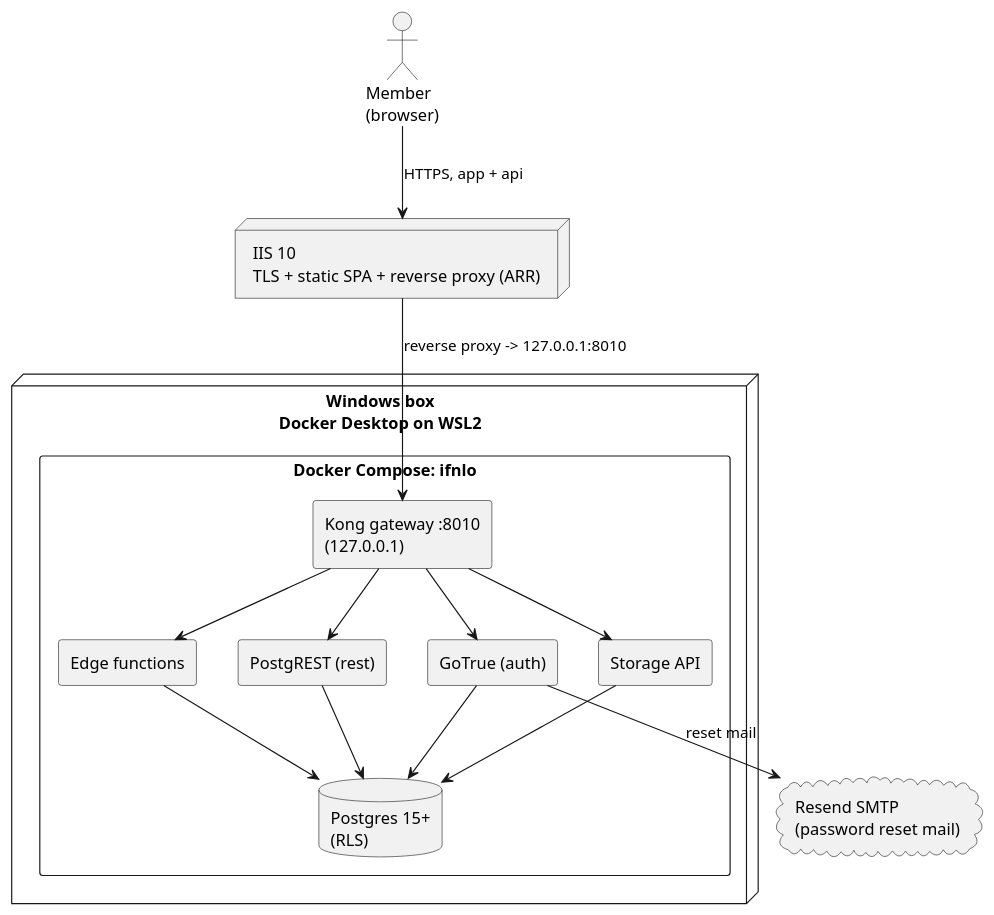
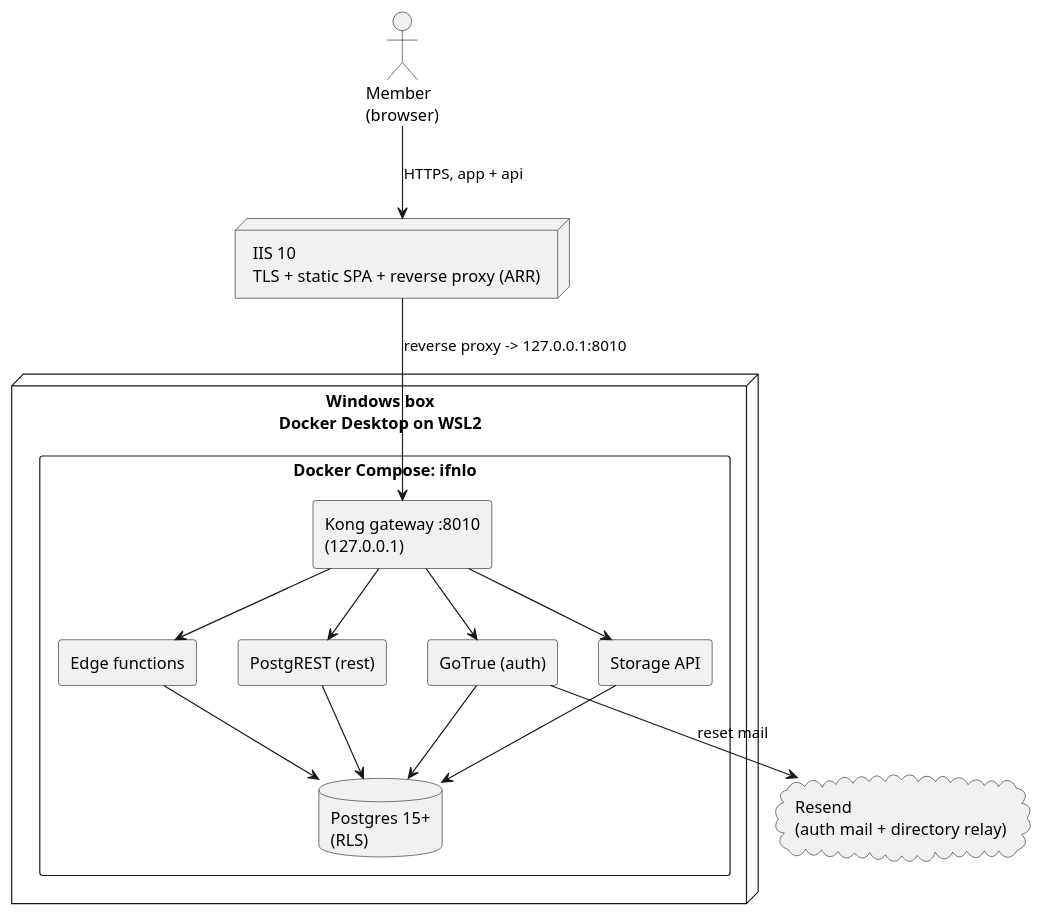
Before and after one commit to basiilll/ifn: the diagram in docs/architecture.md, drawn with PlantUML. The commit also changed 4 other files, not shown here.

First line of the commit message:
docs: reflect the live send-contact directory relay

````diff
--- a/docs/architecture.md
+++ b/docs/architecture.md
@@ -30,34 +30,34 @@
 ```plantuml
 @startuml
 skinparam componentStyle rectangle
 skinparam shadowing false
 skinparam monochrome true
 skinparam defaultFontName Helvetica
 
 actor "Member\n(browser)" as user
 node "IIS 10\nTLS + static SPA + reverse proxy (ARR)" as iis
 node "Windows box\nDocker Desktop on WSL2" as host {
   rectangle "Docker Compose: ifnlo" as compose {
     component "Kong gateway :8010\n(127.0.0.1)" as kong
     component "GoTrue (auth)" as auth
     component "PostgREST (rest)" as rest
     component "Storage API" as storage
     component "Edge functions" as fns
     database "Postgres 15+\n(RLS)" as pg
   }
 }
-cloud "Resend SMTP\n(password reset mail)" as smtp
+cloud "Resend\n(auth mail + directory relay)" as smtp
 
 user --> iis : HTTPS, app + api
 iis --> kong : reverse proxy -> 127.0.0.1:8010
 kong --> auth
 kong --> rest
 kong --> storage
 kong --> fns
 auth --> pg
 rest --> pg
 storage --> pg
 fns --> pg
 auth --> smtp : reset mail
 @enduml
 ```
````
